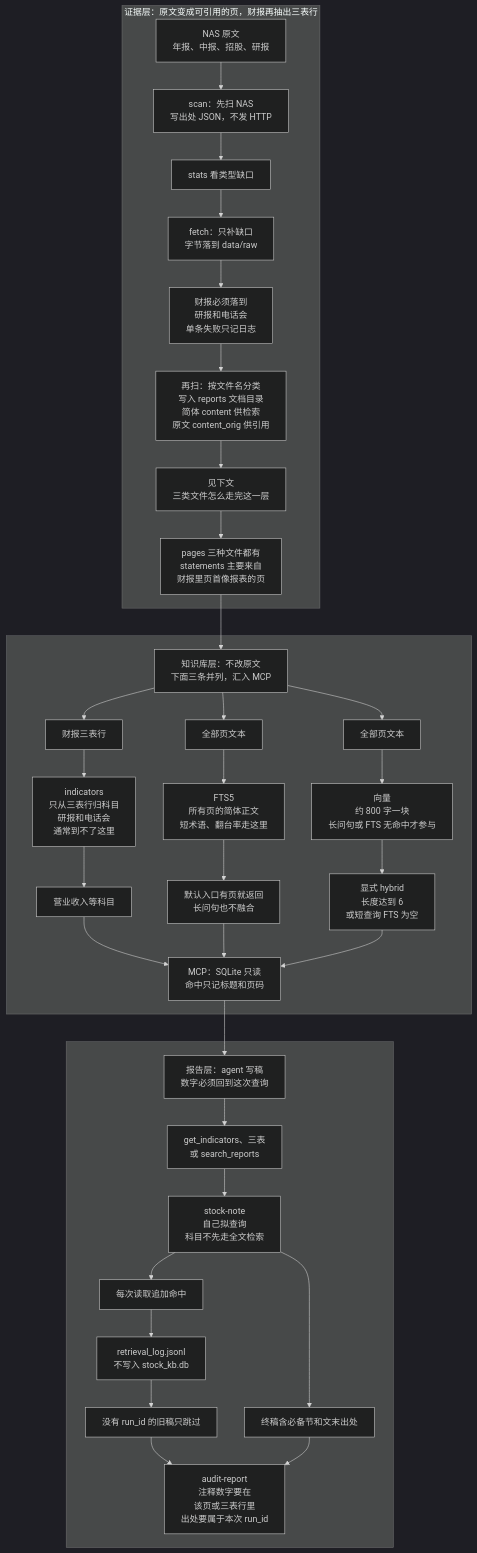
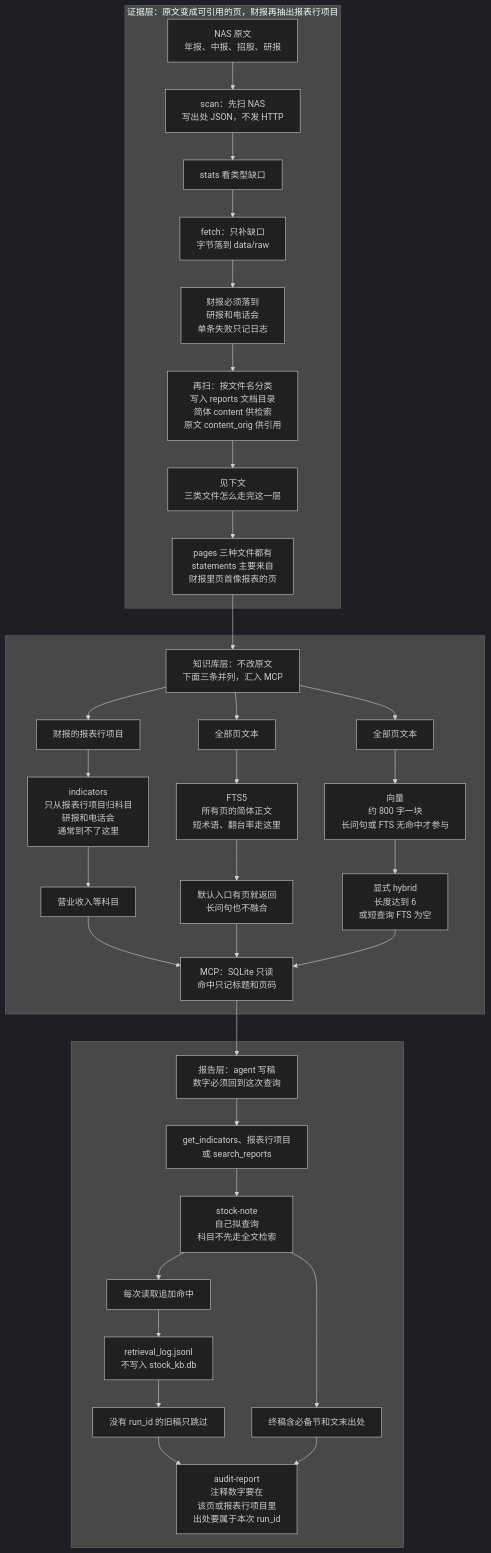
Before and after one commit to lyfxxxx/stock-kb: the first of 5 diagrams in docs/report-system.md, drawn with Mermaid (dark theme). The commit also changed other lines of this file and 13 other files, not shown here.

First line of the commit message:
feat(eval): 回归门禁扩至 15 项，按查询意图分派融合权重与重排

````diff
--- a/docs/report-system.md
+++ b/docs/report-system.md
@@ -24,44 +24,44 @@
 ```mermaid
 flowchart TB
-  subgraph evidence [证据层：原文变成可引用的页，财报再抽出三表行]
+  subgraph evidence [证据层：原文变成可引用的页，财报再抽出报表行项目]
     nas[NAS 原文<br/>年报、中报、招股、研报]
     scanNas[scan：先扫 NAS<br/>写出处 JSON，不发 HTTP]
     nGap[stats 看类型缺口]
     fetch[fetch：只补缺口<br/>字节落到 data/raw]
     nFetch[财报必须落到<br/>研报和电话会<br/>单条失败只记日志]
     scan[再扫：按文件名分类<br/>写入 reports 文档目录<br/>简体 content 供检索<br/>原文 content_orig 供引用]
     nPages[见下文<br/>三类文件怎么走完这一层]
     pages[pages 三种文件都有<br/>statements 主要来自<br/>财报里页首像报表的页]
     nas --> scanNas --> nGap --> fetch --> nFetch --> scan --> nPages --> pages
   end
   subgraph knowledge [" "]
     kcap[知识库层：不改原文<br/>下面三条并列，汇入 MCP]
-    nInd[财报三表行]
-    ind[indicators<br/>只从三表行归科目<br/>研报和电话会<br/>通常到不了这里]
+    nInd[财报的报表行项目]
+    ind[indicators<br/>只从报表行项目归科目<br/>研报和电话会<br/>通常到不了这里]
     nRev[营业收入等科目]
     nFts[全部页文本]
     fts[FTS5<br/>所有页的简体正文<br/>短术语、翻台率走这里]
     nKeep[默认入口有页就返回<br/>长问句也不融合]
     nVec[全部页文本]
     vec[向量<br/>约 800 字一块<br/>长问句或 FTS 无命中才参与]
     nHy[显式 hybrid<br/>长度达到 6<br/>或短查询 FTS 为空]
     mcp[MCP：SQLite 只读<br/>命中只记标题和页码]
     pages --> kcap
     kcap --> nInd --> ind --> nRev --> mcp
     kcap --> nFts --> fts --> nKeep --> mcp
     kcap --> nVec --> vec --> nHy --> mcp
   end
   subgraph report [" "]
     rcap[报告层：agent 写稿<br/>数字必须回到这次查询]
-    nNote[get_indicators、三表<br/>或 search_reports]
+    nNote[get_indicators、报表行项目<br/>或 search_reports]
     note[stock-note<br/>自己拟查询<br/>科目不先走全文检索]
     nHit[每次读取追加命中]
     qlog[retrieval_log.jsonl<br/>不写入 stock_kb.db]
     nSkip[没有 run_id 的旧稿只跳过]
     nDone[终稿含必备节和文末出处]
-    audit[audit-report<br/>注释数字要在<br/>该页或三表行里<br/>出处要属于本次 run_id]
+    audit[audit-report<br/>注释数字要在<br/>该页或报表行项目里<br/>出处要属于本次 run_id]
     mcp --> rcap --> nNote --> note
     note --> nHit --> qlog --> nSkip --> audit
     note --> nDone --> audit
   end
 ```
````
